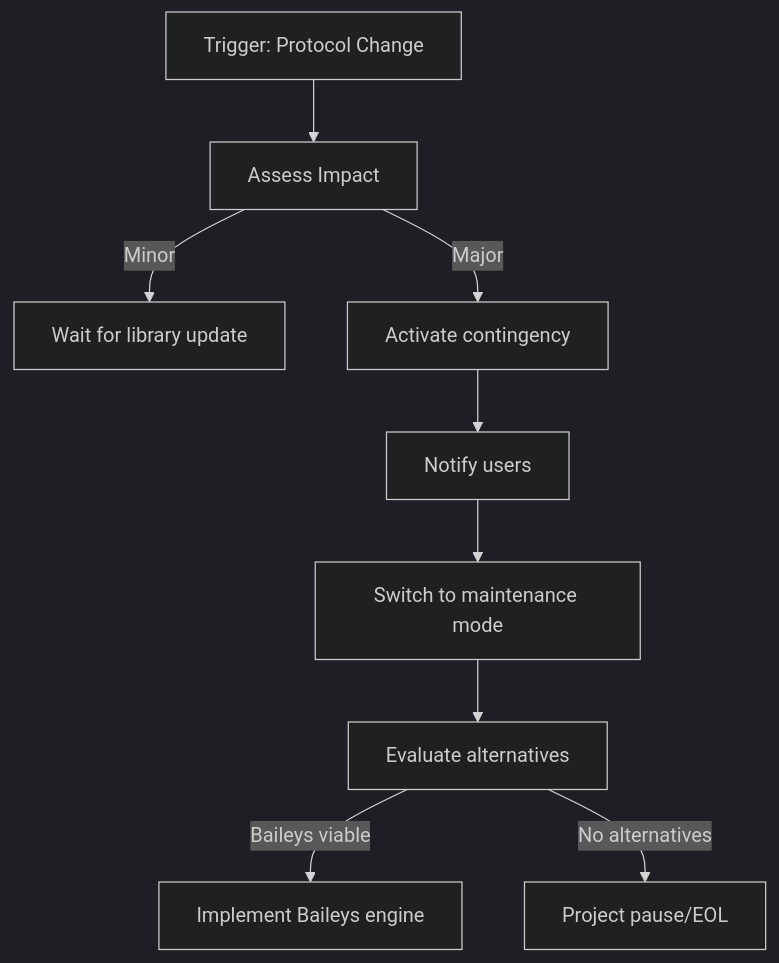
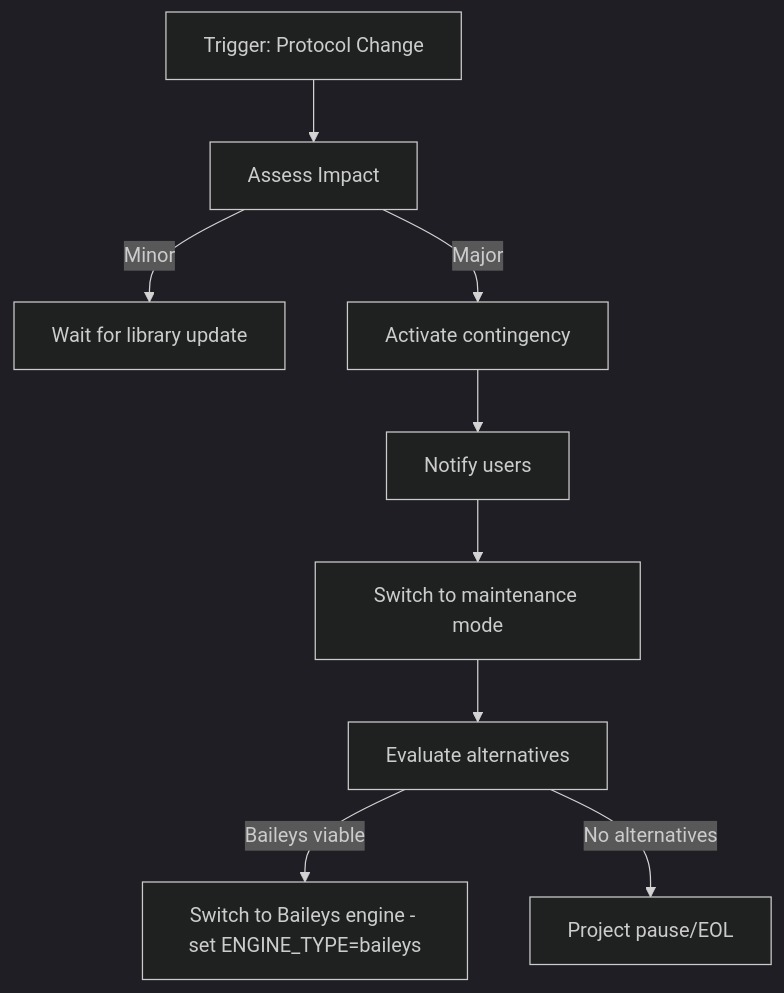
The eighth of 12 diagrams in ventiq_admin_app/docs_wapi/16-risk-management.md (Carnaval-Team/VentIQ-seller-App), drawn with Mermaid (dark theme) before and after one commit. The commit also changed other lines of this file and 39 other files, not shown here.

````diff
--- a/ventiq_admin_app/docs_wapi/16-risk-management.md
+++ b/ventiq_admin_app/docs_wapi/16-risk-management.md
@@ -425,12 +457,12 @@
 ```mermaid
 flowchart TB
     T[Trigger: Protocol Change] --> A1[Assess Impact]
     A1 --> |Minor| M1[Wait for library update]
     A1 --> |Major| M2[Activate contingency]
-    
+
     M2 --> C1[Notify users]
     C1 --> C2[Switch to maintenance mode]
     C2 --> C3[Evaluate alternatives]
-    C3 --> |Baileys viable| C4[Implement Baileys engine]
+    C3 --> |Baileys viable| C4[Switch to Baileys engine - set ENGINE_TYPE=baileys]
     C3 --> |No alternatives| C5[Project pause/EOL]
 ```
````
